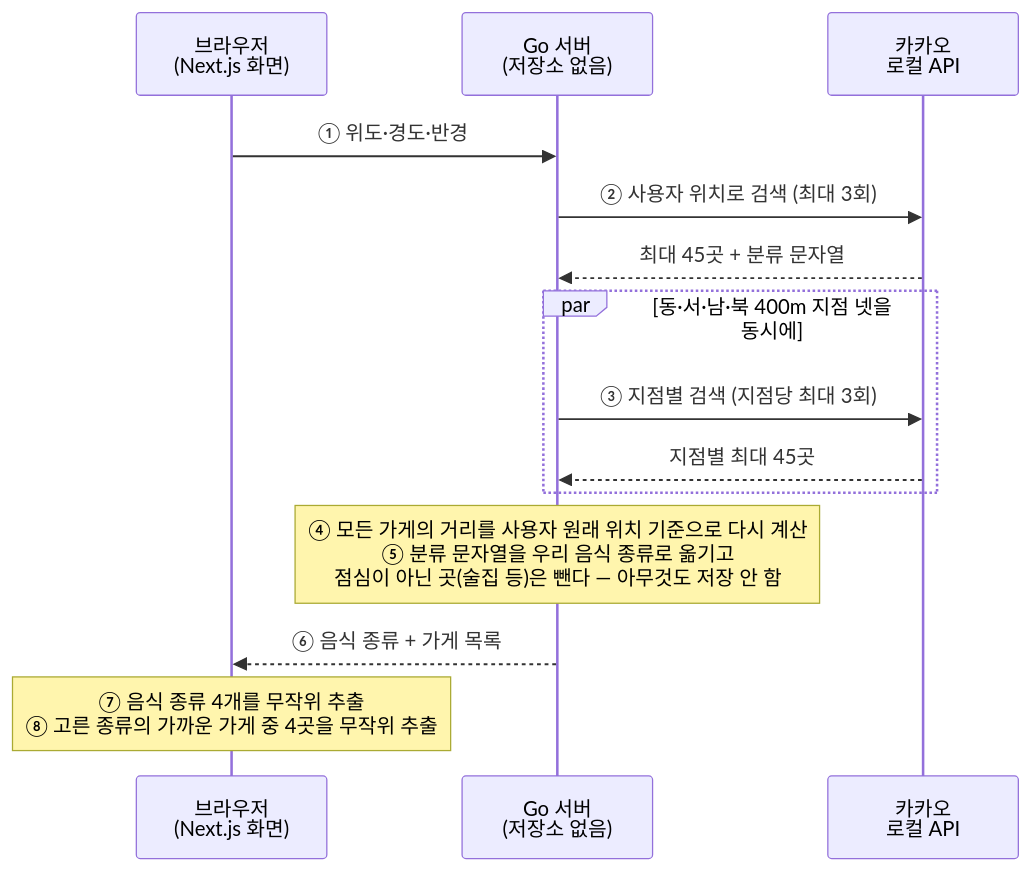
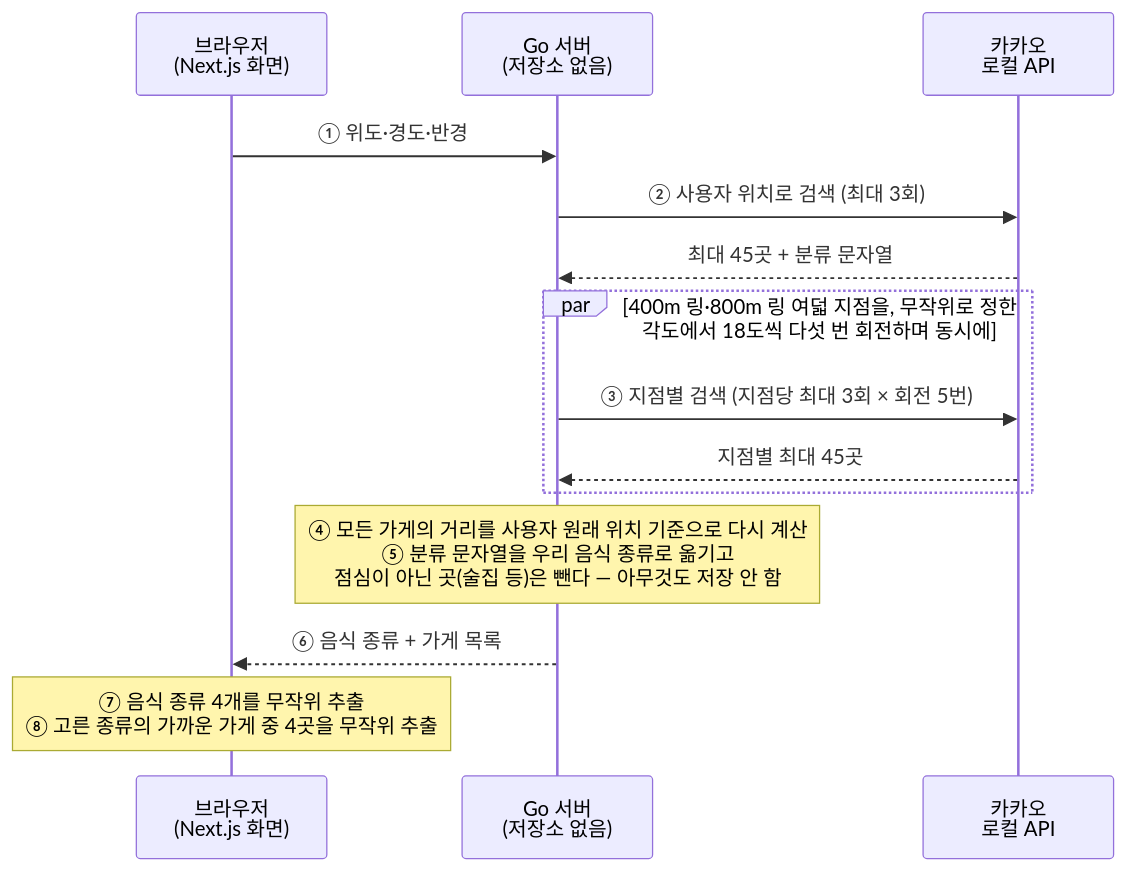
The diagram in README.md (VeritasForge/random-choice), drawn with Mermaid before and after one commit. The commit also changed other lines of this file and 1 other file, not shown here.

````diff
--- a/README.md
+++ b/README.md
@@ -91,17 +91,17 @@
 ```mermaid
 sequenceDiagram
     participant 브라우저 as 브라우저<br/>(Next.js 화면)
     participant 서버 as Go 서버<br/>(저장소 없음)
     participant 카카오 as 카카오<br/>로컬 API
 
     브라우저->>서버: ① 위도·경도·반경
     서버->>카카오: ② 사용자 위치로 검색 (최대 3회)
     카카오-->>서버: 최대 45곳 + 분류 문자열
-    par 동·서·남·북 400m 지점 넷을 동시에
-        서버->>카카오: ③ 지점별 검색 (지점당 최대 3회)
+    par 400m 링·800m 링 여덟 지점을, 무작위로 정한 각도에서 18도씩 다섯 번 회전하며 동시에
+        서버->>카카오: ③ 지점별 검색 (지점당 최대 3회 × 회전 5번)
         카카오-->>서버: 지점별 최대 45곳
     end
     Note over 서버: ④ 모든 가게의 거리를 사용자 원래 위치 기준으로 다시 계산<br/>⑤ 분류 문자열을 우리 음식 종류로 옮기고<br/>점심이 아닌 곳(술집 등)은 뺀다 — 아무것도 저장 안 함
     서버-->>브라우저: ⑥ 음식 종류 + 가게 목록
     Note over 브라우저: ⑦ 음식 종류 4개를 무작위 추출<br/>⑧ 고른 종류의 가까운 가게 중 4곳을 무작위 추출
 ```
````
